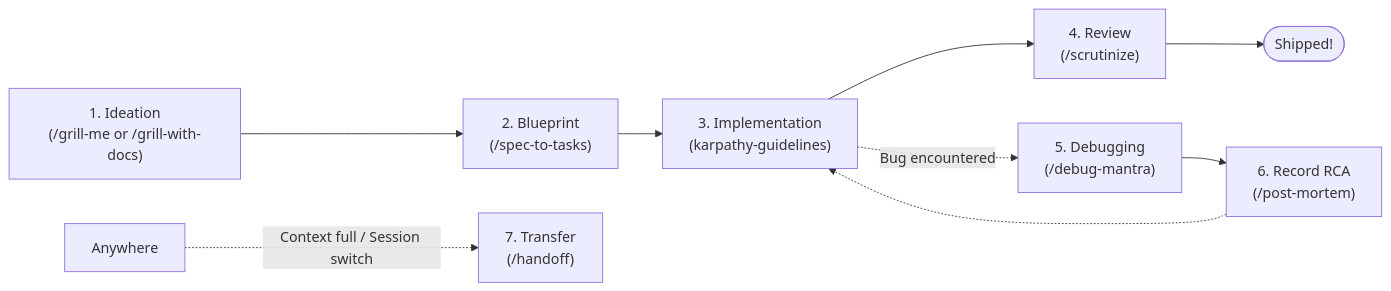
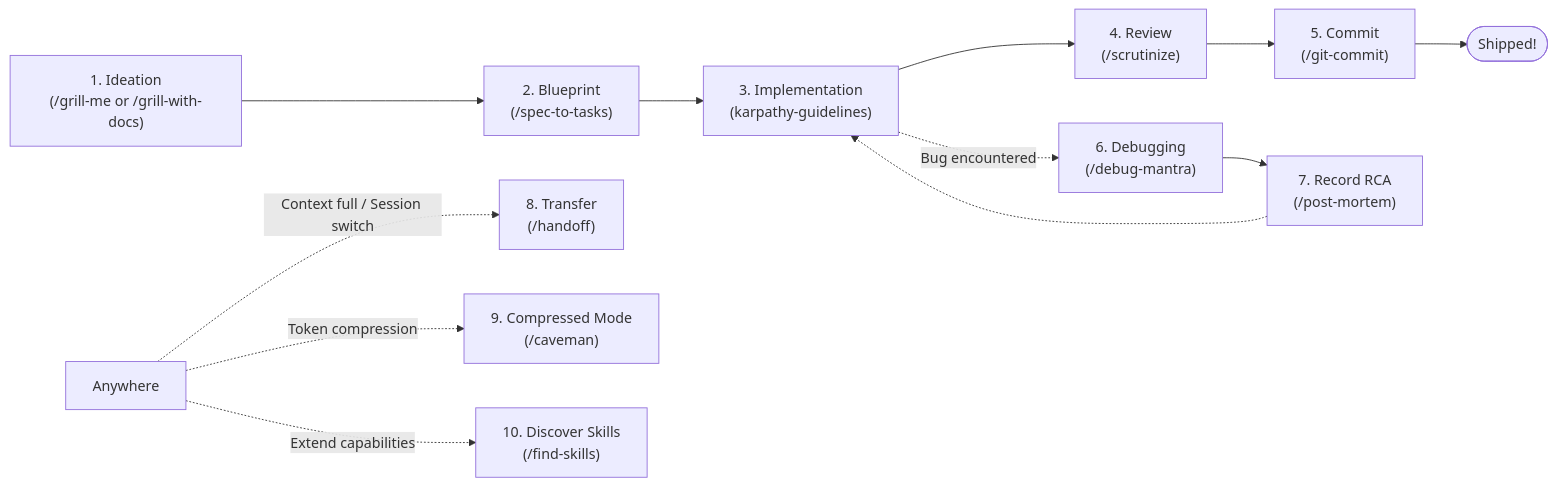
One commit to Rachapol03/Rachapol-skills changed the diagram in CLAUDE.md. Above: the diagram before and after it, drawn with Mermaid. The commit also changed other lines of this file and 7 other files, not shown here.

First line of the commit message:
feat(skills): add git-commit, caveman, and find-skills

````diff
--- a/CLAUDE.md
+++ b/CLAUDE.md
@@ -42,14 +45,17 @@
 ```mermaid
 flowchart LR
     A["1. Ideation<br/>(/grill-me or /grill-with-docs)"]
     --> B["2. Blueprint<br/>(/spec-to-tasks)"]
     --> C["3. Implementation<br/>(karpathy-guidelines)"]
     --> D["4. Review<br/>(/scrutinize)"]
-    --> E([Shipped!])
+    --> E["5. Commit<br/>(/git-commit)"]
+    --> F([Shipped!])
 
-    C -. "Bug encountered" .-> F["5. Debugging<br/>(/debug-mantra)"]
-    F --> G["6. Record RCA<br/>(/post-mortem)"]
-    G -.-> C
+    C -. "Bug encountered" .-> G["6. Debugging<br/>(/debug-mantra)"]
+    G --> H["7. Record RCA<br/>(/post-mortem)"]
+    H -.-> C
 
-    Anywhere -. "Context full / Session switch" .-> H["7. Transfer<br/>(/handoff)"]
+    Anywhere -. "Context full / Session switch" .-> I["8. Transfer<br/>(/handoff)"]
+    Anywhere -. "Token compression" .-> J["9. Compressed Mode<br/>(/caveman)"]
+    Anywhere -. "Extend capabilities" .-> K["10. Discover Skills<br/>(/find-skills)"]
 ```
````
